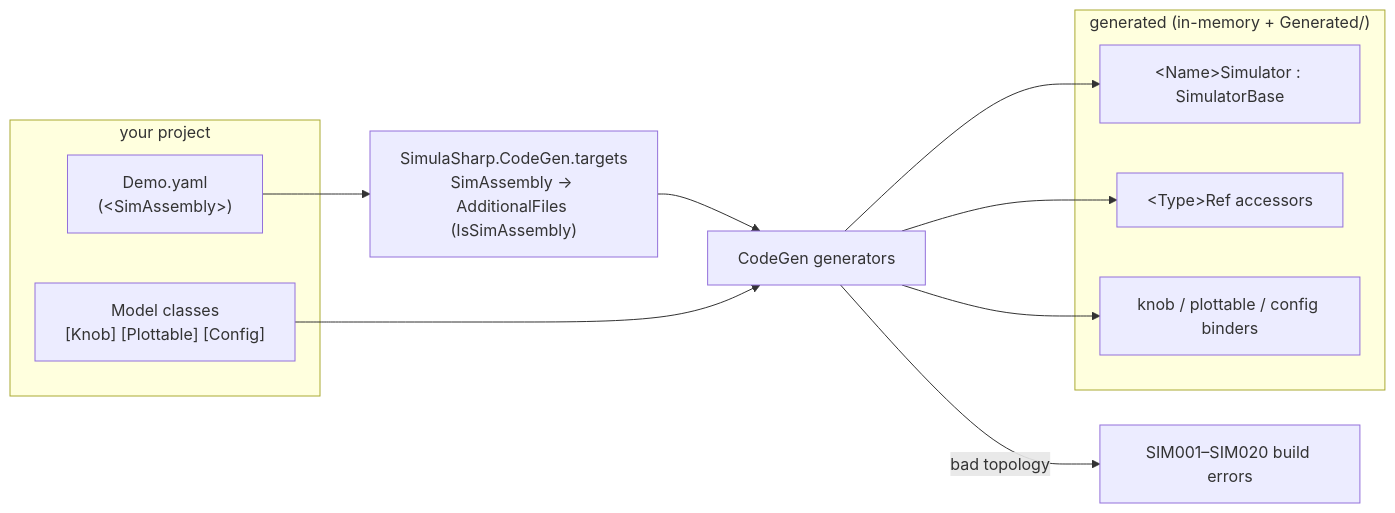
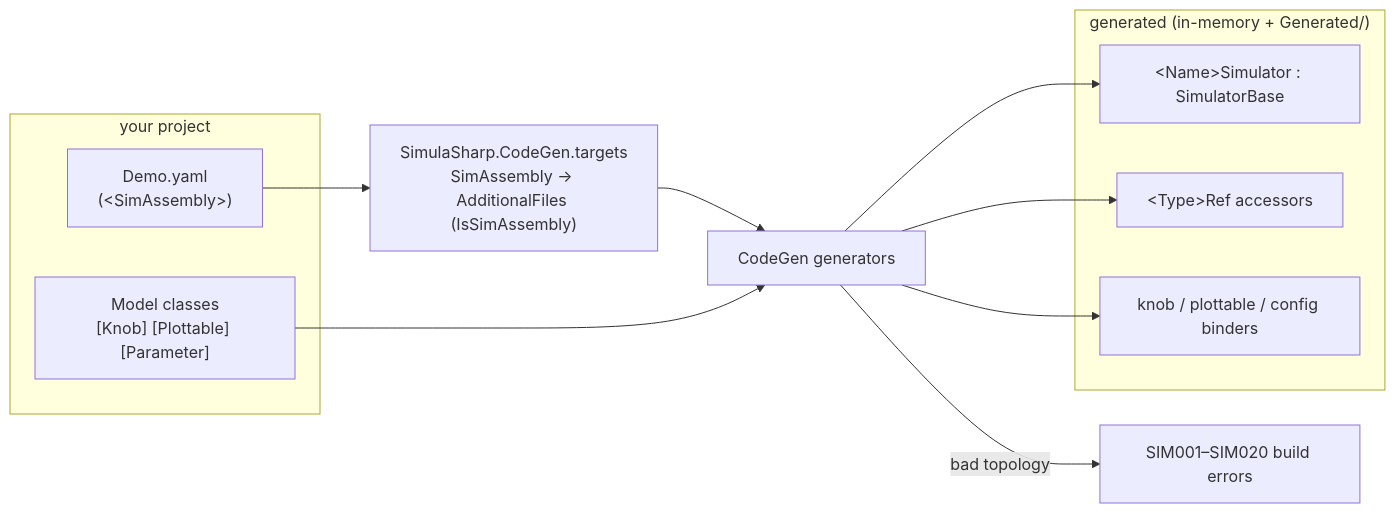
Before and after one commit to SimulaSharp-org/simulasharp-docs: the diagram in public/content/project-setup.md, drawn with Mermaid. The commit also changed 28 other files, not shown here.

````diff
--- a/public/content/project-setup.md
+++ b/public/content/project-setup.md
@@ -124,20 +124,20 @@
 ```mermaid
 flowchart LR
   subgraph inputs["your project"]
-    M["Model classes<br/>[Knob] [Plottable] [Config]"]
+    M["Model classes<br/>[Knob] [Plottable] [Parameter]"]
     Y["Demo.yaml<br/>(&lt;SimAssembly&gt;)"]
   end
   T["SimulaSharp.CodeGen.targets<br/>SimAssembly → AdditionalFiles (IsSimAssembly)"]
   G["CodeGen generators"]
   subgraph out["generated (in-memory + Generated/)"]
     SIM["&lt;Name&gt;Simulator : SimulatorBase"]
     REF["&lt;Type&gt;Ref accessors"]
     BIND["knob / plottable / config binders"]
   end
   Y --> T --> G
   M --> G
   G --> SIM
   G --> REF
   G --> BIND
   G -->|"bad topology"| ERR["SIM001–SIM020 build errors"]
 ```
````
